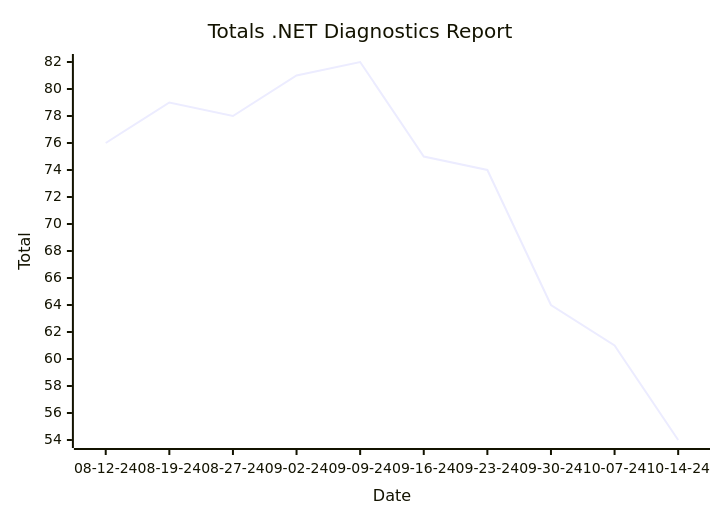
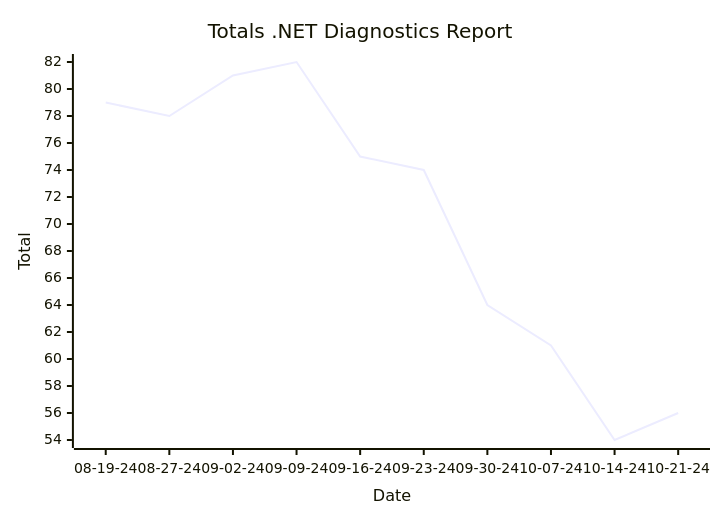
One commit to hoyosjs/gh-issue-tracker changed the first of 2 diagrams in reports/README.md. Above: the diagram before and after it, drawn with Mermaid. The commit also changed other lines of this file and 4 other files, not shown here.

````diff
--- a/reports/README.md
+++ b/reports/README.md
@@ -7,7 +7,7 @@
 ```mermaid
 xychart-beta
   title "Totals .NET Diagnostics Report"
-  x-axis "Date" ["08-12-24", "08-19-24", "08-27-24", "09-02-24", "09-09-24", "09-16-24", "09-23-24", "09-30-24", "10-07-24", "10-14-24"]
+  x-axis "Date" ["08-19-24", "08-27-24", "09-02-24", "09-09-24", "09-16-24", "09-23-24", "09-30-24", "10-07-24", "10-14-24", "10-21-24"]
   y-axis "Total"
-  line [76, 79, 78, 81, 82, 75, 74, 64, 61, 54]
+  line [79, 78, 81, 82, 75, 74, 64, 61, 54, 56]
 ```
````
